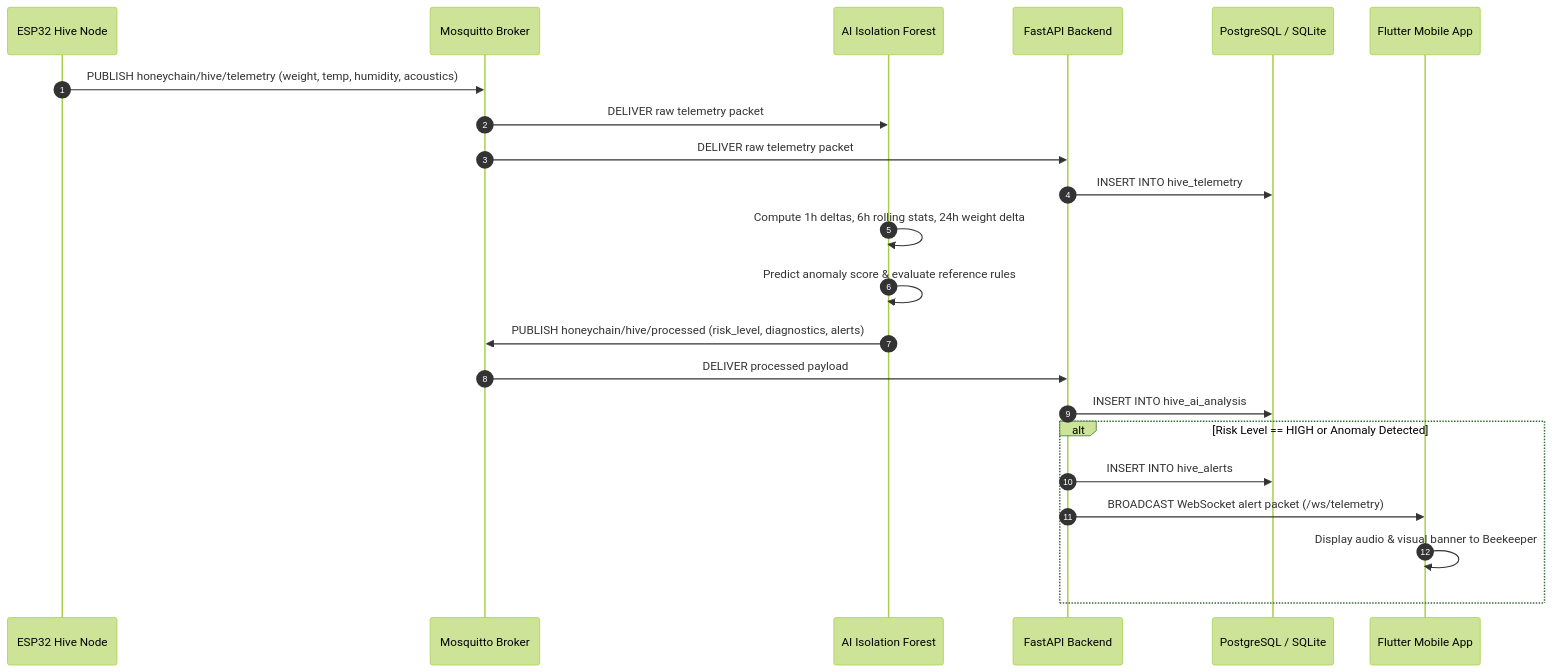
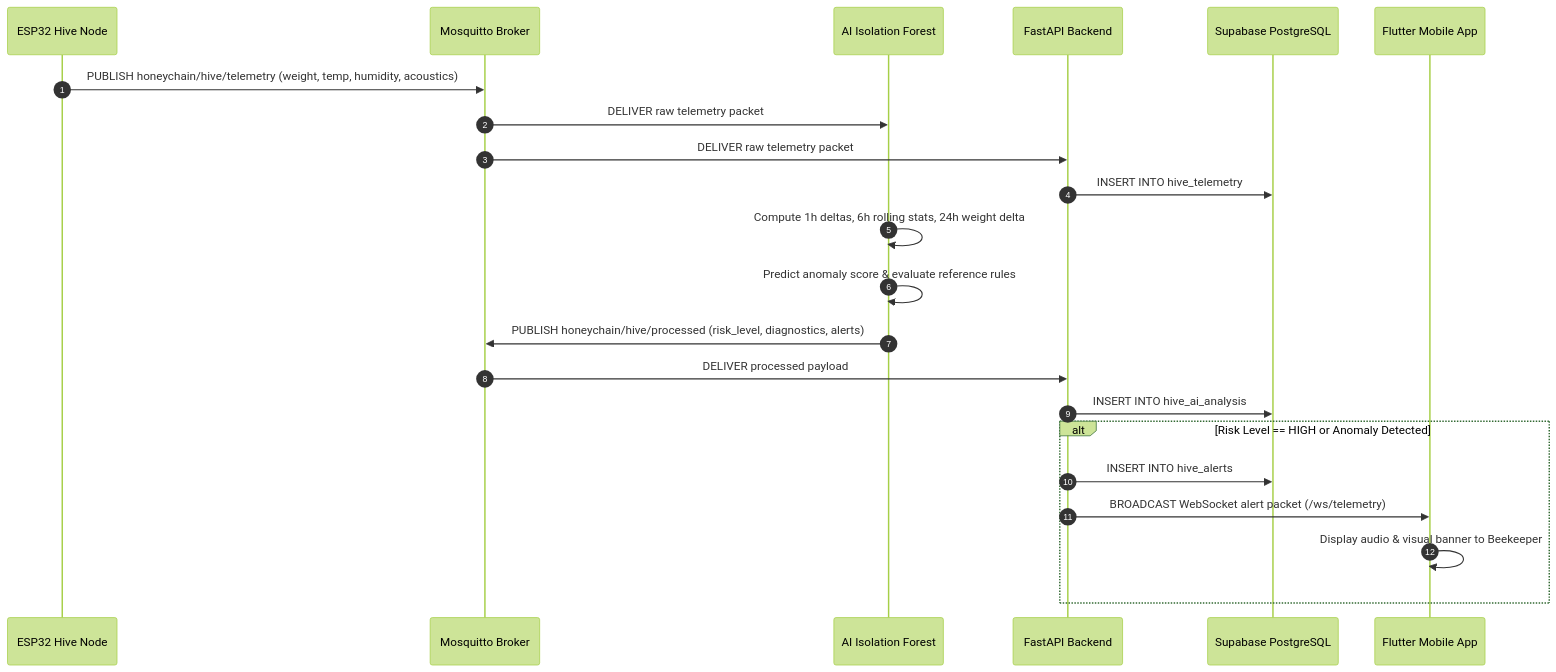
Before and after one commit to cs-sakshamm/HoneyChain: the second of 2 diagrams in docs/README.md, drawn with Mermaid (forest theme). The commit also changed 10 other files, not shown here.

First line of the commit message:
docs: align engineering docs with actual architecture; add AUDIT.md

````diff
--- a/docs/README.md
+++ b/docs/README.md
@@ -64,25 +64,25 @@
 ```mermaid
 sequenceDiagram
     autonumber
     participant ESP as ESP32 Hive Node
     participant MOS as Mosquitto Broker
     participant AI as AI Isolation Forest
     participant BE as FastAPI Backend
-    participant DB as PostgreSQL / SQLite
+    participant DB as Supabase PostgreSQL
     participant WS as Flutter Mobile App
 
     ESP->>MOS: PUBLISH honeychain/hive/telemetry (weight, temp, humidity, acoustics)
     MOS->>AI: DELIVER raw telemetry packet
     MOS->>BE: DELIVER raw telemetry packet
     BE->>DB: INSERT INTO hive_telemetry
     AI->>AI: Compute 1h deltas, 6h rolling stats, 24h weight delta
     AI->>AI: Predict anomaly score & evaluate reference rules
     AI->>MOS: PUBLISH honeychain/hive/processed (risk_level, diagnostics, alerts)
     MOS->>BE: DELIVER processed payload
     BE->>DB: INSERT INTO hive_ai_analysis
     alt Risk Level == HIGH or Anomaly Detected
         BE->>DB: INSERT INTO hive_alerts
         BE->>WS: BROADCAST WebSocket alert packet (/ws/telemetry)
         WS->>WS: Display audio & visual banner to Beekeeper
     end
 ```
````
